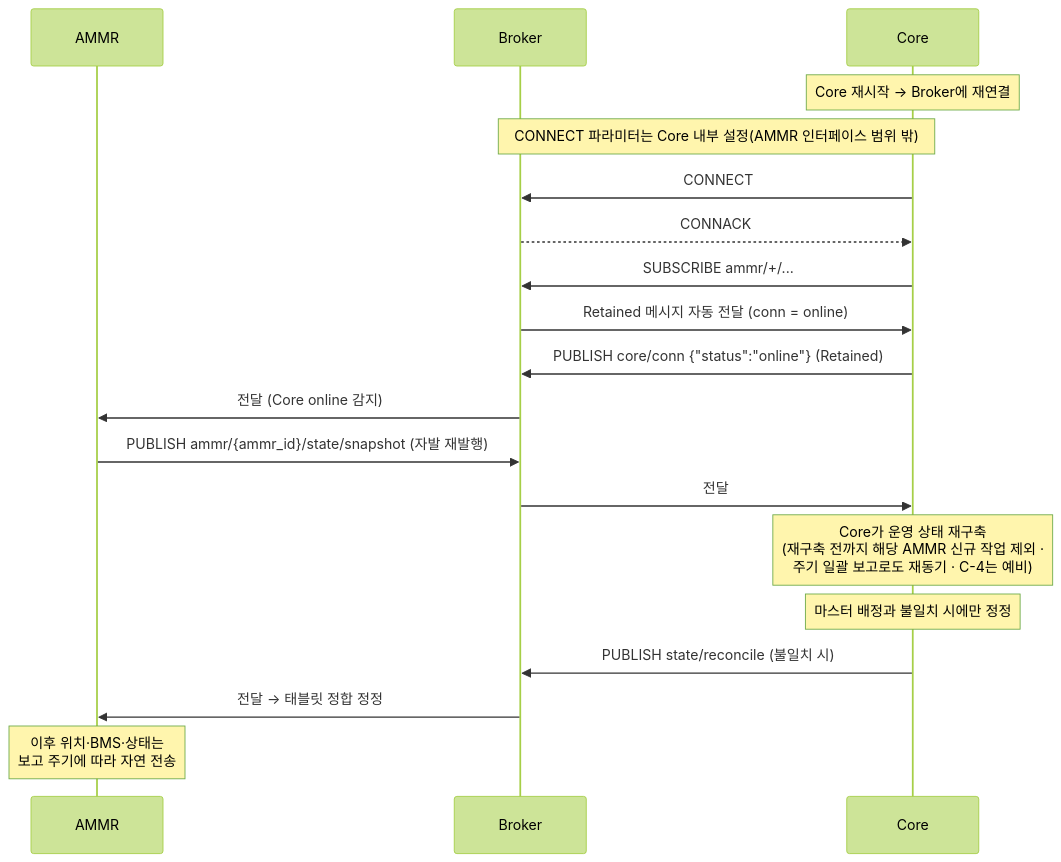
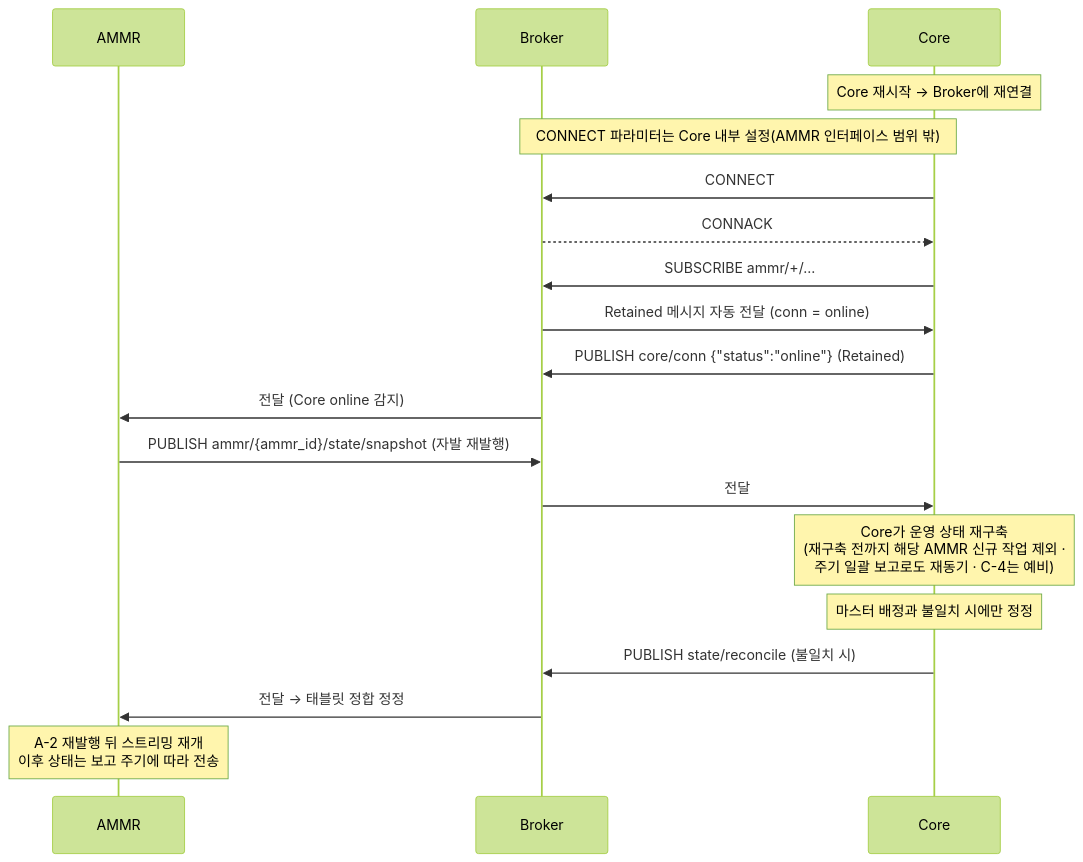
Diagram 13 of 13 in docs/out/Core_ICD_AMMR.md (kimminsu0315/Core-Docs), drawn with Mermaid (forest theme) before and after one commit. The commit also changed other lines of this file and 17 other files, not shown here.

````diff
--- a/docs/out/Core_ICD_AMMR.md
+++ b/docs/out/Core_ICD_AMMR.md
@@ -1297,24 +1315,24 @@
 ```mermaid
 sequenceDiagram
     participant A as AMMR
     participant B as Broker
     participant C as Core
 
     Note over C: Core 재시작 → Broker에 재연결
     Note over C,B: CONNECT 파라미터는 Core 내부 설정(AMMR 인터페이스 범위 밖)
     C->>B: CONNECT
     B-->>C: CONNACK
     C->>B: SUBSCRIBE ammr/+/...
     B->>C: Retained 메시지 자동 전달 (conn = online)
 
     C->>B: PUBLISH core/conn {"status":"online"} (Retained)
     B->>A: 전달 (Core online 감지)
     A->>B: PUBLISH ammr/{ammr_id}/state/snapshot (자발 재발행)
     B->>C: 전달
     Note over C: Core가 운영 상태 재구축<br/>(재구축 전까지 해당 AMMR 신규 작업 제외 ·<br/>주기 일괄 보고로도 재동기 · C-4는 예비)
     Note over C: 마스터 배정과 불일치 시에만 정정
     C->>B: PUBLISH state/reconcile (불일치 시)
     B->>A: 전달 → 태블릿 정합 정정
 
-    Note over A: 이후 위치·BMS·상태는<br/>보고 주기에 따라 자연 전송
+    Note over A: A-2 재발행 뒤 스트리밍 재개<br/>이후 상태는 보고 주기에 따라 전송
 ```
````
